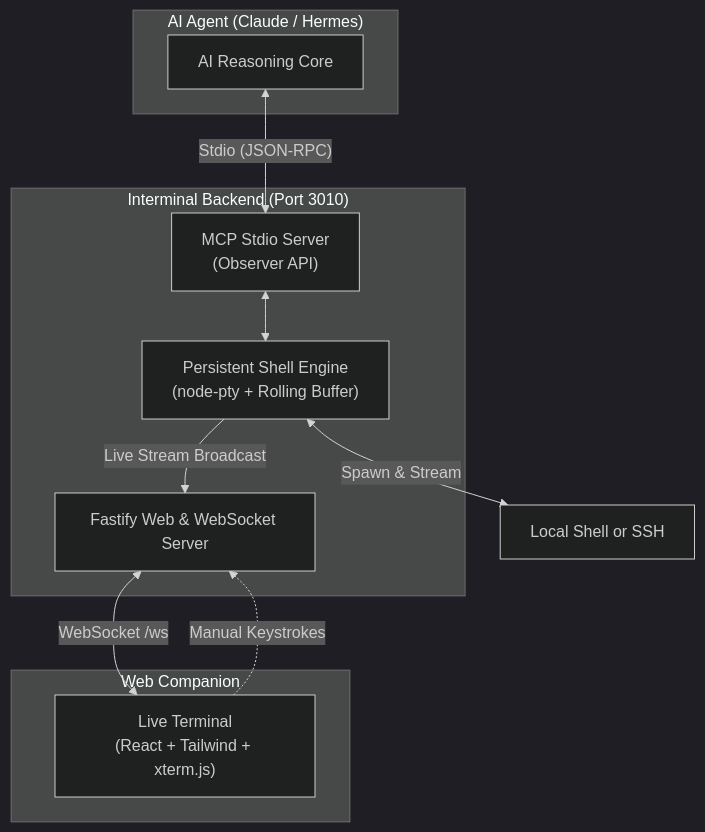
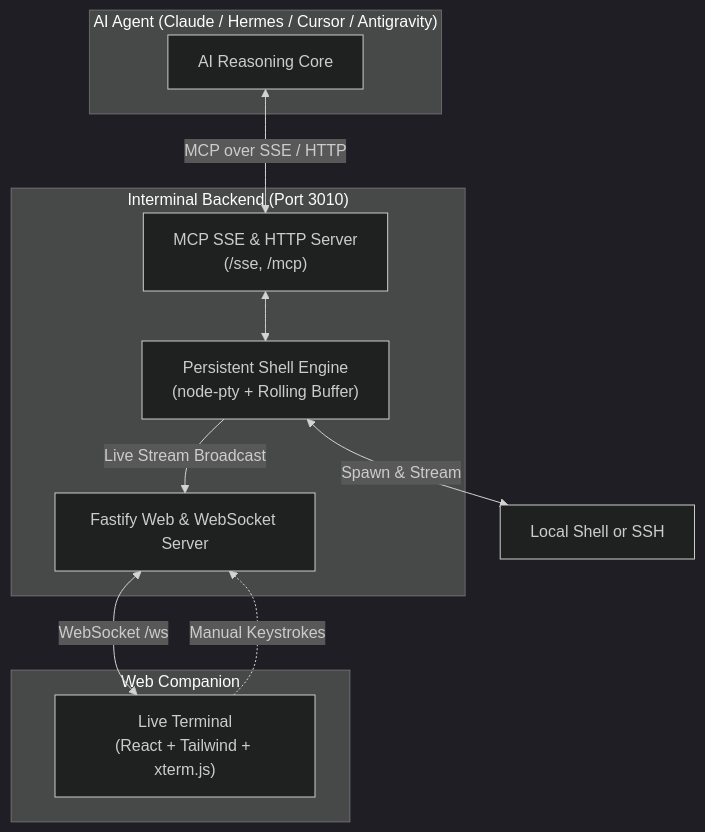
The diagram in README.md (nguyenngocdungcs/interminal), drawn with Mermaid (dark theme) before and after one commit. The commit also changed other lines of this file and 8 other files, not shown here.

Commit message:
Refactor the tools to use sse instead of stdio

````diff
--- a/README.md
+++ b/README.md
@@ -118,23 +159,23 @@
 ```mermaid
 flowchart TD
-    subgraph AI ["AI Agent (Claude / Hermes)"]
+    subgraph AI ["AI Agent (Claude / Hermes / Cursor / Antigravity)"]
         Agent["AI Reasoning Core"]
     end
 
     subgraph Interminal ["Interminal Backend (Port 3010)"]
-        MCP["MCP Stdio Server\n(Observer API)"]
+        MCP["MCP SSE & HTTP Server\n(/sse, /mcp)"]
         PTY["Persistent Shell Engine\n(node-pty + Rolling Buffer)"]
         WebBridge["Fastify Web & WebSocket Server"]
     end
 
     subgraph Browser ["Web Companion"]
         UI["Live Terminal\n(React + Tailwind + xterm.js)"]
     end
 
-    Agent <-->|"Stdio (JSON-RPC)"| MCP
+    Agent <-->|"MCP over SSE / HTTP"| MCP
     MCP <--> PTY
     PTY <-->|"Spawn & Stream"| Shell["Local Shell or SSH"]
     PTY -->|"Live Stream Broadcast"| WebBridge
     WebBridge <-->|"WebSocket /ws"| UI
     UI -.->|"Manual Keystrokes"| WebBridge
 ```
````
